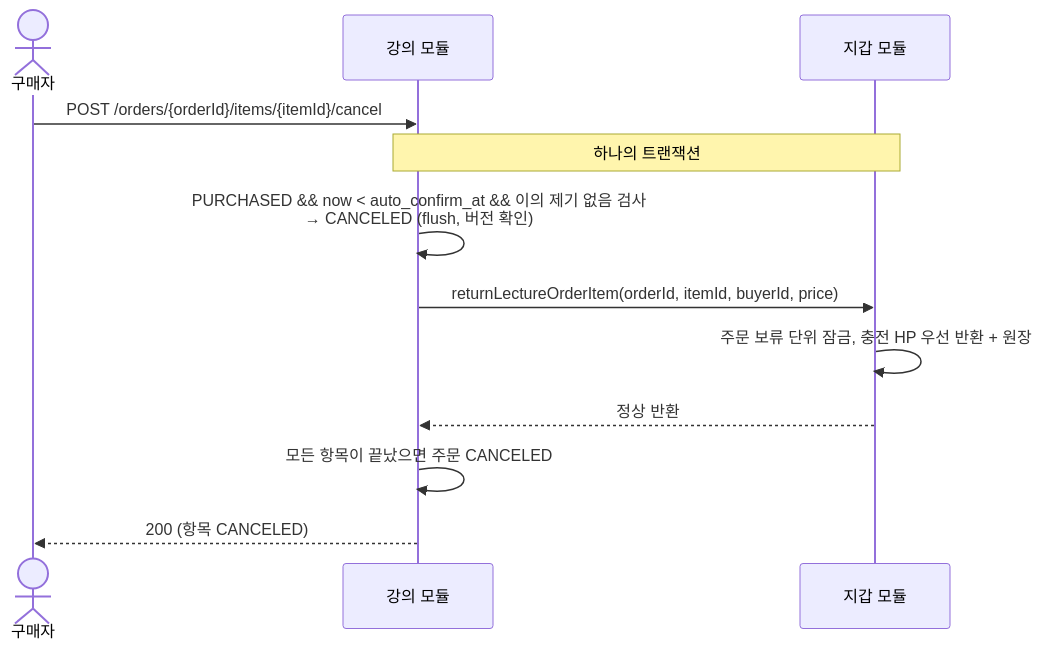
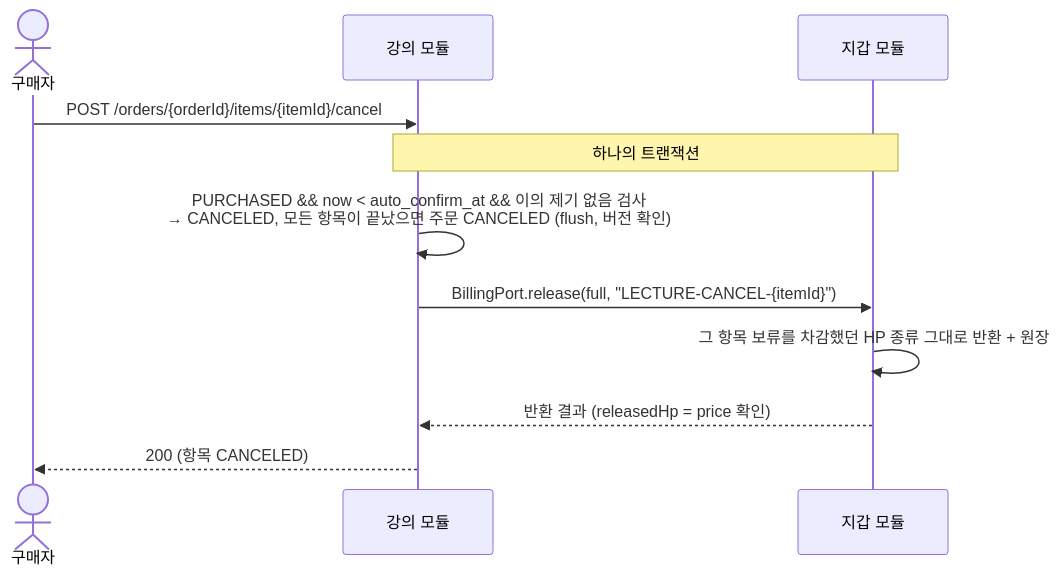
Before and after one commit to prgrms-be-adv-devcourse/beadv8_8_LMS_BE: the sixth of 9 diagrams in docs/design/lecture-module.md, drawn with Mermaid. The commit also changed other lines of this file and 18 other files, not shown here.

````diff
--- a/docs/design/lecture-module.md
+++ b/docs/design/lecture-module.md
@@ -456,14 +421,13 @@
 ```mermaid
 sequenceDiagram
     actor B as 구매자
     participant LEC as 강의 모듈
     participant WAL as 지갑 모듈
     B->>LEC: POST /orders/{orderId}/items/{itemId}/cancel
     Note over LEC,WAL: 하나의 트랜잭션
-    LEC->>LEC: PURCHASED && now < auto_confirm_at && 이의 제기 없음 검사<br/>→ CANCELED (flush, 버전 확인)
-    LEC->>WAL: returnLectureOrderItem(orderId, itemId, buyerId, price)
-    WAL->>WAL: 주문 보류 단위 잠금, 충전 HP 우선 반환 + 원장
-    WAL-->>LEC: 정상 반환
-    LEC->>LEC: 모든 항목이 끝났으면 주문 CANCELED
+    LEC->>LEC: PURCHASED && now < auto_confirm_at && 이의 제기 없음 검사<br/>→ CANCELED, 모든 항목이 끝났으면 주문 CANCELED (flush, 버전 확인)
+    LEC->>WAL: BillingPort.release(full, "LECTURE-CANCEL-{itemId}")
+    WAL->>WAL: 그 항목 보류를 차감했던 HP 종류 그대로 반환 + 원장
+    WAL-->>LEC: 반환 결과 (releasedHp = price 확인)
     LEC-->>B: 200 (항목 CANCELED)
 ```
````
